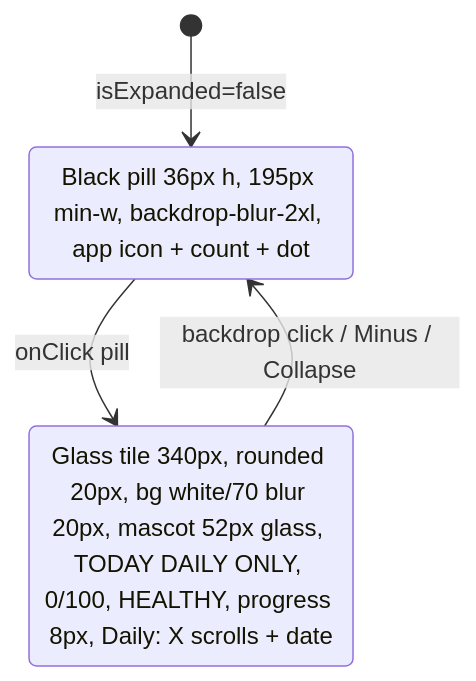
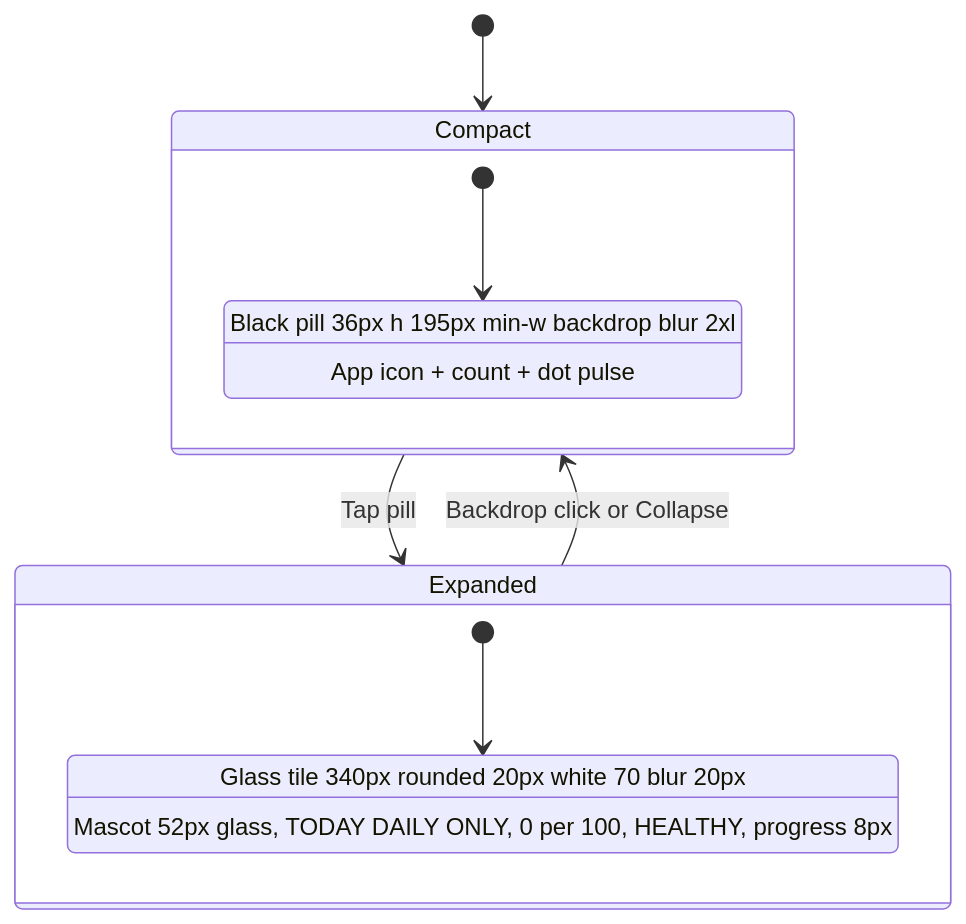
Before and after one commit to jarifansathaorko/Scrolly: the fourth of 6 diagrams in README.md, drawn with Mermaid. The commit also changed other lines of this file, not shown here.

First line of the commit message:
docs: fix mermaid diagrams for GitHub rendering

````diff
--- a/README.md
+++ b/README.md
@@ -120,8 +121,17 @@
 ```mermaid
 stateDiagram-v2
-    [*] --> Compact: isExpanded=false
-    Compact --> Expanded: onClick pill
-    Expanded --> Compact: backdrop click / Minus / Collapse
-    Compact: Black pill 36px h, 195px min-w, backdrop-blur-2xl, app icon + count + dot
-    Expanded: Glass tile 340px, rounded 20px, bg white/70 blur 20px, mascot 52px glass, TODAY DAILY ONLY, 0/100, HEALTHY, progress 8px, Daily: X scrolls + date
+    [*] --> Compact
+    Compact --> Expanded: Tap pill
+    Expanded --> Compact: Backdrop click or Collapse
+
+    state Compact {
+        [*] --> C1
+        C1: Black pill 36px h 195px min-w backdrop blur 2xl
+        C1: App icon + count + dot pulse
+    }
+    state Expanded {
+        [*] --> E1
+        E1: Glass tile 340px rounded 20px white 70 blur 20px
+        E1: Mascot 52px glass, TODAY DAILY ONLY, 0 per 100, HEALTHY, progress 8px
+    }
 ```
````
